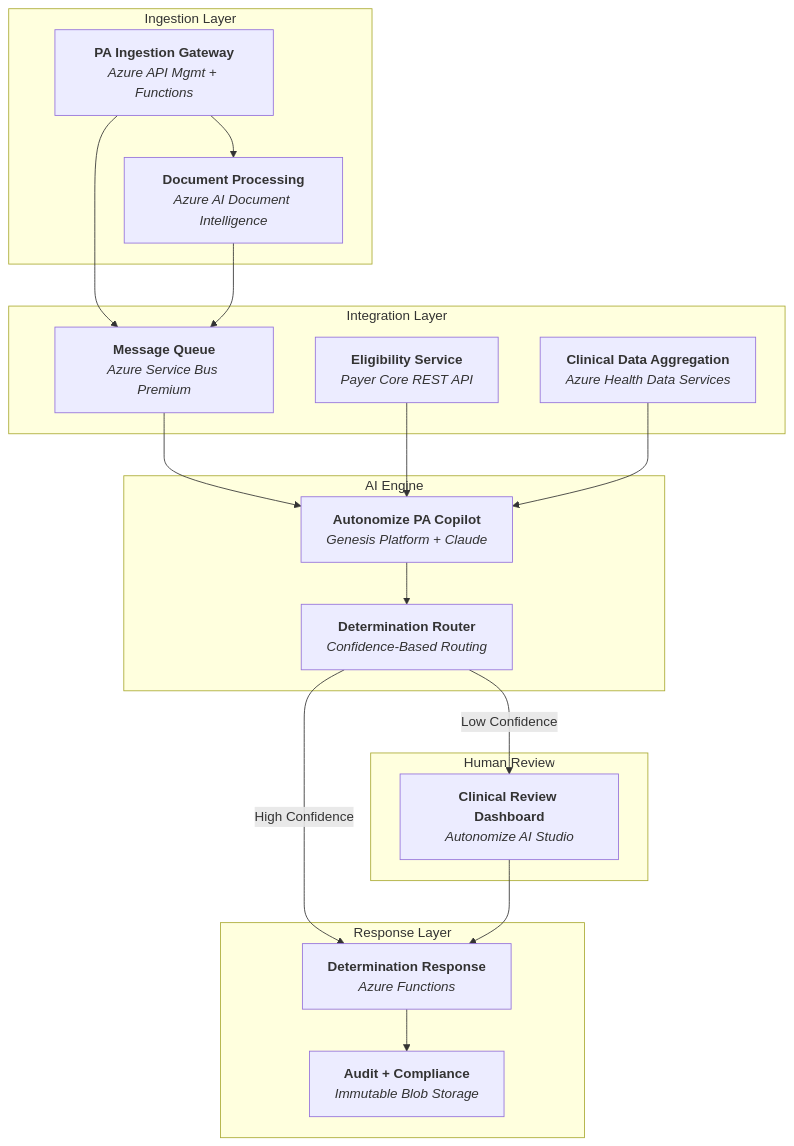
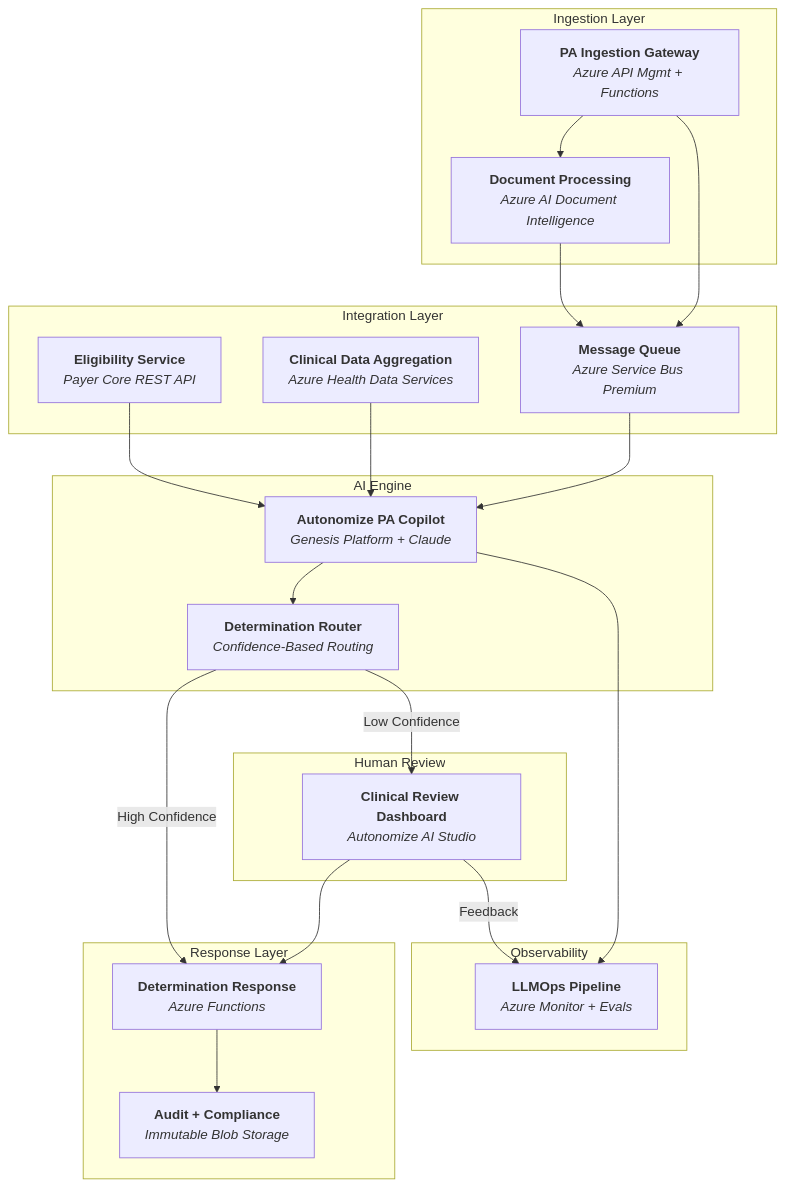
Before and after one commit to praeducer/autonomize-healthcare-ai-demo: the fourth of 4 diagrams in docs/presentation/presentation.md, drawn with Mermaid. The commit also changed other lines of this file and 22 other files, not shown here.

First line of the commit message:
docs: add deck generation pipeline, fix cross-doc consistency, re-render all diagrams

````diff
--- a/docs/presentation/presentation.md
+++ b/docs/presentation/presentation.md
@@ -222,49 +222,56 @@
 ```mermaid
 flowchart TB
     subgraph "Ingestion Layer"
         GW["`**PA Ingestion Gateway**
 *Azure API Mgmt + Functions*`"]
         DOC["`**Document Processing**
 *Azure AI Document Intelligence*`"]
     end
 
     subgraph "Integration Layer"
         ELIG["`**Eligibility Service**
 *Payer Core REST API*`"]
         CLIN_AGG["`**Clinical Data Aggregation**
 *Azure Health Data Services*`"]
         SB["`**Message Queue**
 *Azure Service Bus Premium*`"]
     end
 
     subgraph "AI Engine"
         COPILOT["`**Autonomize PA Copilot**
 *Genesis Platform + Claude*`"]
         ROUTER["`**Determination Router**
 *Confidence-Based Routing*`"]
     end
 
     subgraph "Human Review"
         DASH["`**Clinical Review Dashboard**
 *Autonomize AI Studio*`"]
     end
 
     subgraph "Response Layer"
         RESP["`**Determination Response**
 *Azure Functions*`"]
         AUDIT["`**Audit + Compliance**
 *Immutable Blob Storage*`"]
     end
 
     GW --> DOC
     GW --> SB
     DOC --> SB
     SB --> COPILOT
     ELIG --> COPILOT
     CLIN_AGG --> COPILOT
     COPILOT --> ROUTER
     ROUTER -->|"High Confidence"| RESP
     ROUTER -->|"Low Confidence"| DASH
     DASH --> RESP
     RESP --> AUDIT
+    COPILOT --> OBS
+    DASH -->|"Feedback"| OBS
+
+    subgraph "Observability"
+        OBS["`**LLMOps Pipeline**
+*Azure Monitor + Evals*`"]
+    end
 ```
````
